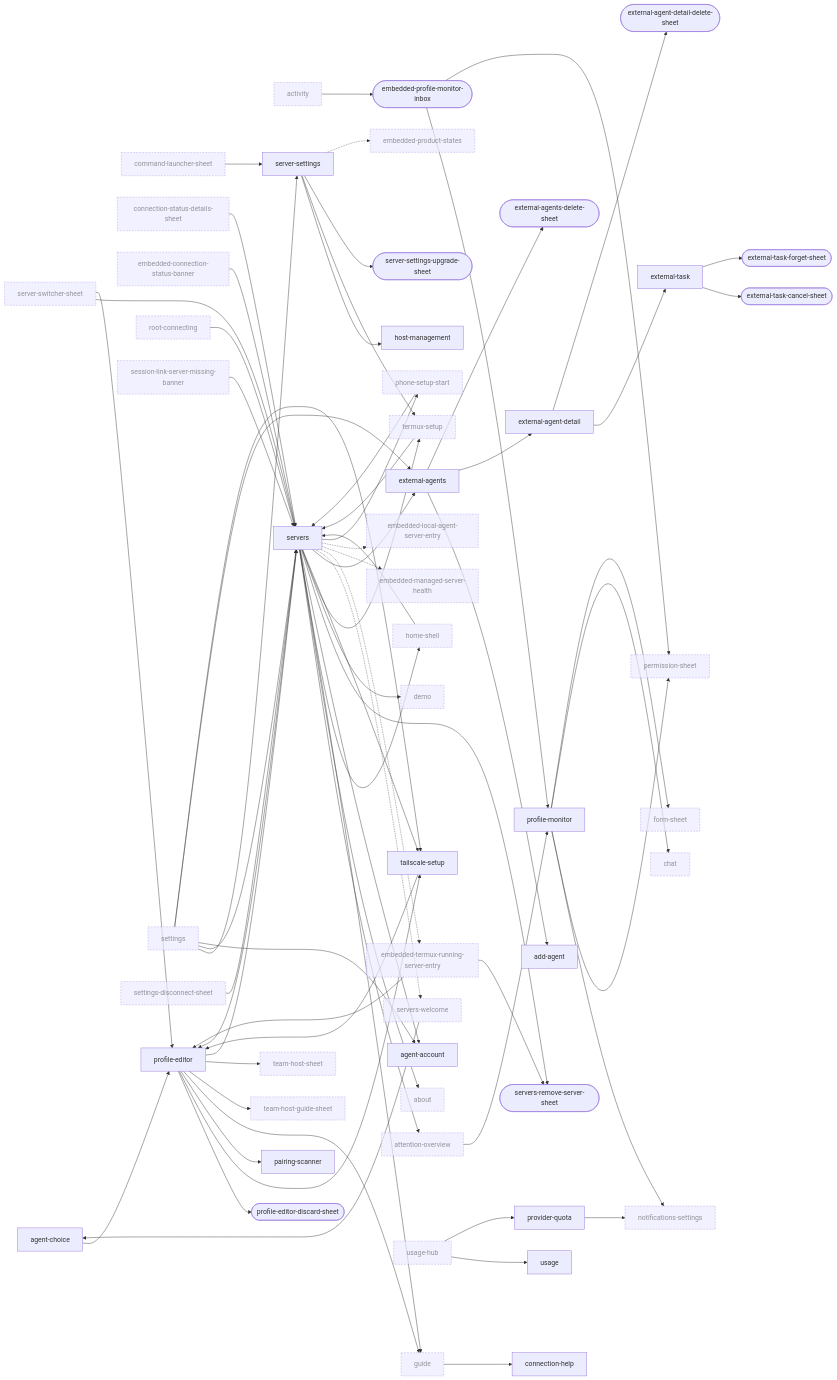
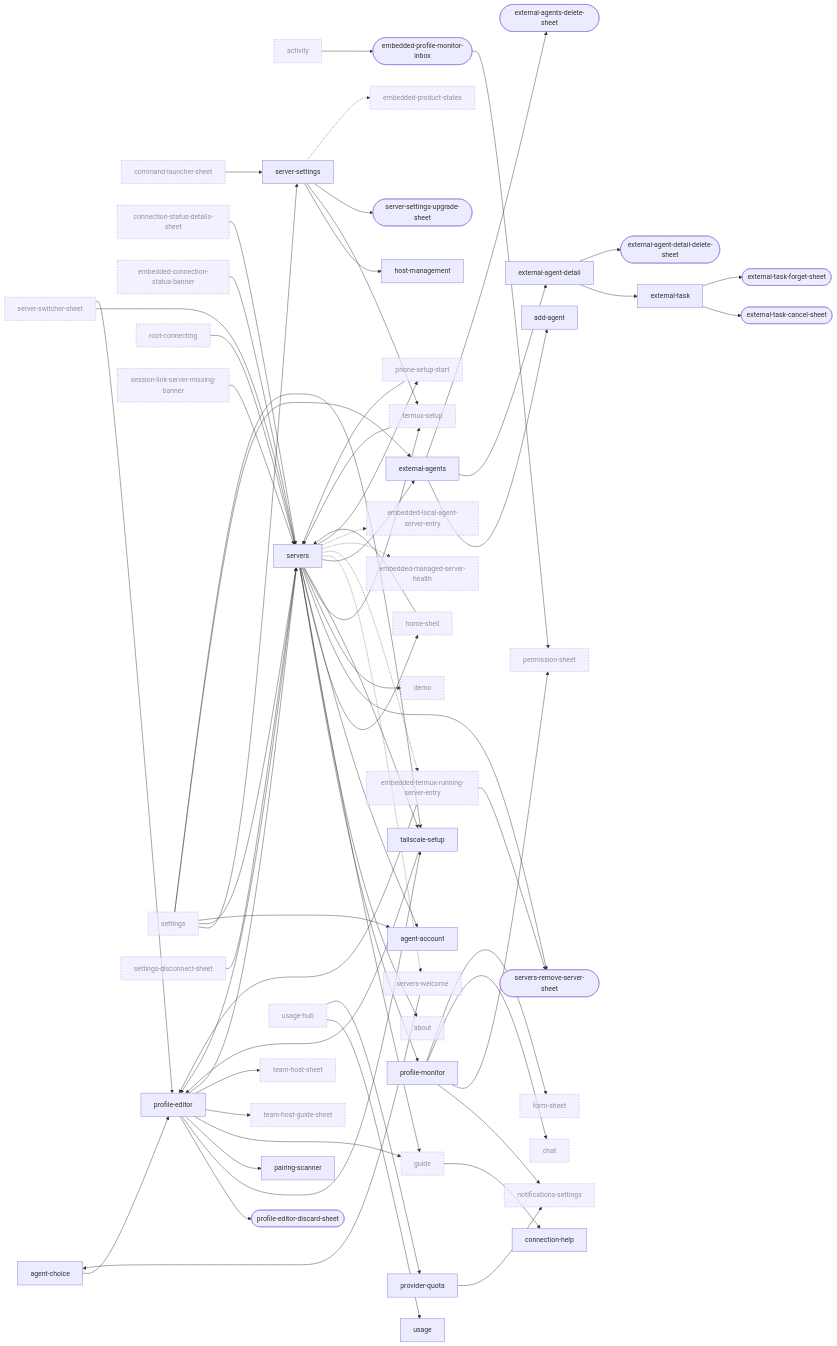
One commit to Breskott/opencode-mobile-next changed the fifth of 10 diagrams in docs/design/ui-ledger/navigation.md. Above: the diagram before and after it, drawn with Mermaid. The commit also changed other lines of this file and 75 other files, not shown here.

```diff
--- a/docs/design/ui-ledger/navigation.md
+++ b/docs/design/ui-ledger/navigation.md
@@ -689,7 +685,6 @@
   add_agent["add-agent"]
   agent_account["agent-account"]
   agent_choice["agent-choice"]
-  attention_overview["attention-overview"]:::ext
   chat["chat"]:::ext
   command_launcher_sheet["command-launcher-sheet"]:::ext
   connection_help["connection-help"]
@@ -743,9 +738,8 @@
   connection_status_details_sheet --> servers
   embedded_connection_status_banner --> servers
   session_link_server_missing_banner --> servers
-  attention_overview --> profile_monitor
   command_launcher_sheet --> server_settings
-  servers --> attention_overview
+  servers --> profile_monitor
   servers --> about
   servers --> guide
   servers --> home_shell
@@ -778,7 +772,6 @@
   profile_monitor --> notifications_settings
   profile_monitor --> permission_sheet
   profile_monitor --> chat
-  embedded_profile_monitor_inbox --> profile_monitor
   embedded_profile_monitor_inbox --> permission_sheet
   provider_quota --> notifications_settings
   termux_setup --> servers
```
